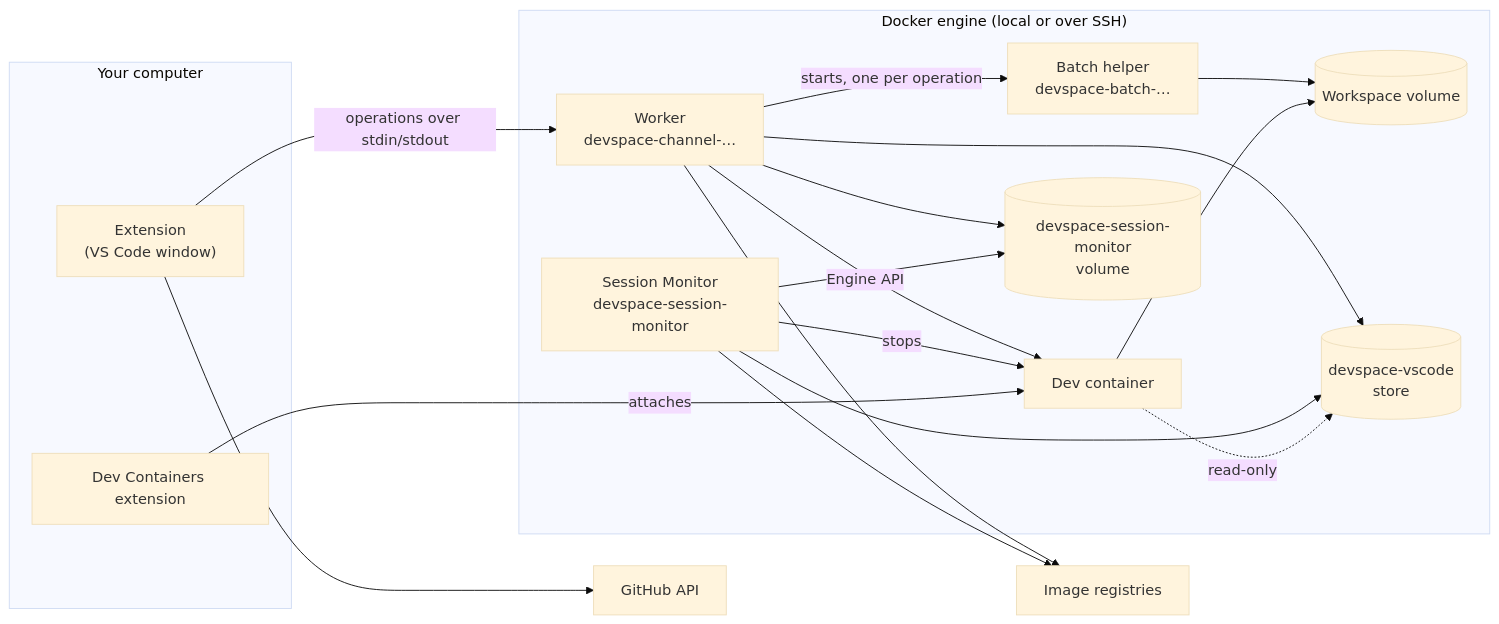
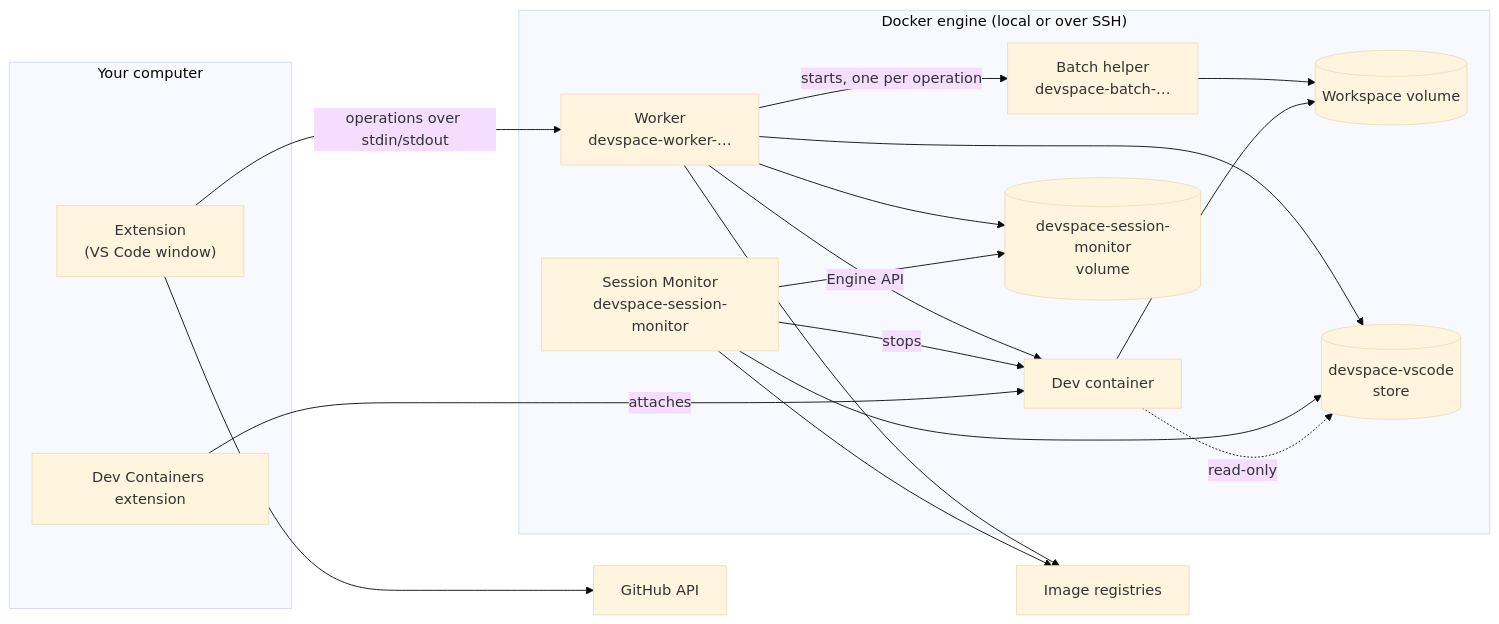
Before and after one commit to nimblescape/nimblescape-devspaces: the diagram in docs/architecture.md, drawn with Mermaid (base theme). The commit also changed other lines of this file and 4 other files, not shown here.

First line of the commit message:
Name the worker container devspace-worker-<12 hex>

````diff
--- a/docs/architecture.md
+++ b/docs/architecture.md
@@ -9,33 +9,33 @@
 ```mermaid
 flowchart LR
   subgraph PC["Your computer"]
     EXT["Extension<br/>(VS Code window)"]
     DC["Dev Containers extension"]
   end
   subgraph ENG["Docker engine (local or over SSH)"]
-    W["Worker<br/>devspace-channel-…"]
+    W["Worker<br/>devspace-worker-…"]
     B["Batch helper<br/>devspace-batch-…"]
     SM["Session Monitor<br/>devspace-session-monitor"]
     DEV["Dev container"]
     V[("Workspace volume")]
     ST[("devspace-session-monitor<br/>volume")]
     VS[("devspace-vscode<br/>store")]
   end
   GH["GitHub API"]
   REG["Image registries"]
   EXT -- "operations over stdin/stdout" --> W
   EXT --> GH
   W -- "Engine API" --> DEV
   W -- "starts, one per operation" --> B
   B --> V
   DEV --> V
   W --> ST
   SM --> ST
   W --> VS
   SM --> VS
   DEV -. "read-only" .-> VS
   W --> REG
   SM --> REG
   SM -- "stops" --> DEV
   DC -- "attaches" --> DEV
 ```
````
